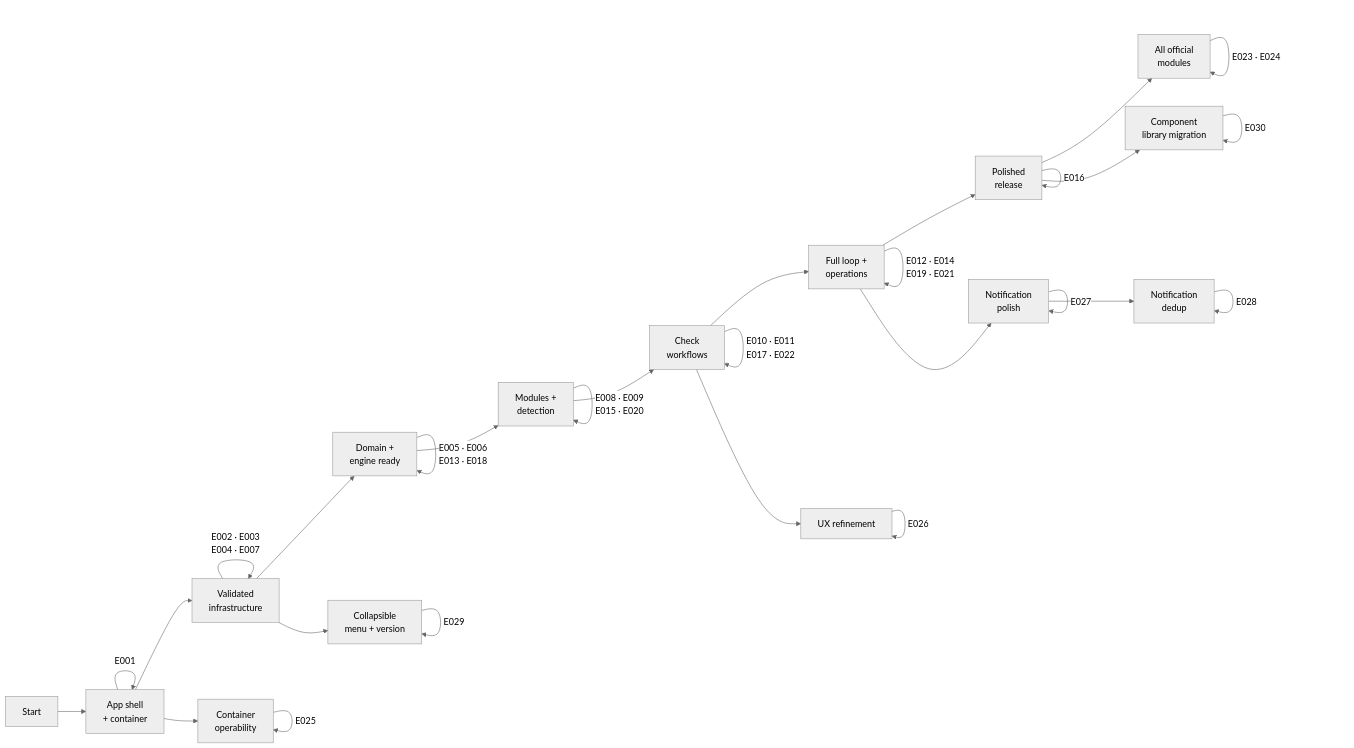
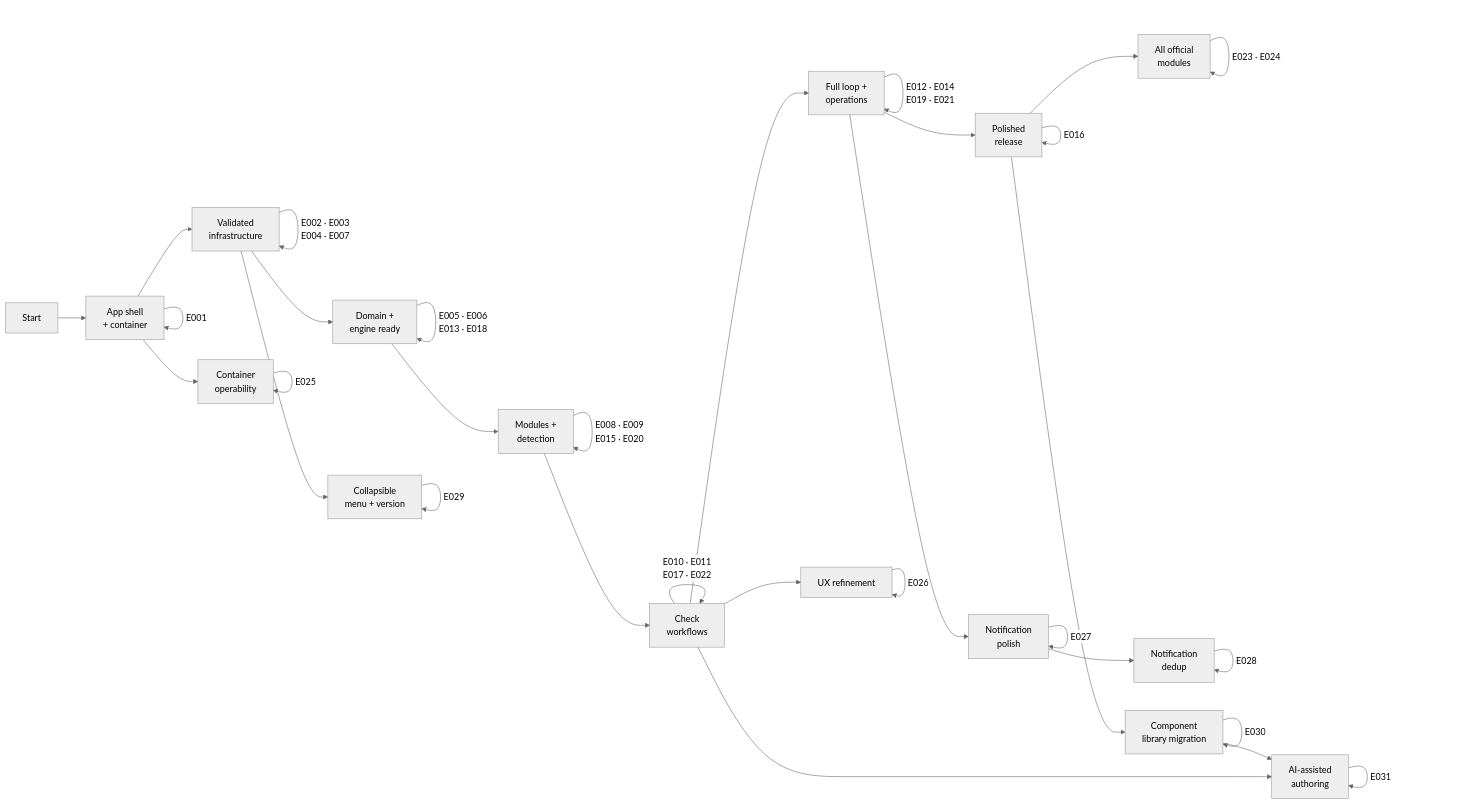
The diagram in specs/project-plan.md (attilaszasz/Binocular), drawn with Mermaid (neutral theme) before and after one commit. The commit also changed other lines of this file and 2 other files, not shown here.

Commit message:
Added E031 - AI-Assisted Module Authoring UX

````diff
--- a/specs/project-plan.md
+++ b/specs/project-plan.md
@@ -122,44 +128,48 @@
 ```mermaid
 graph LR
     START["Start"] --> M1["App shell<br>+ container"]
     M1 -->|E001| M1
 
     M1 --> M2["Validated<br>infrastructure"]
     M2 -->|"E002 · E003<br>E004 · E007"| M2
 
     M2 --> M3["Domain +<br>engine ready"]
     M3 -->|"E005 · E006<br>E013 · E018"| M3
 
     M3 --> M4["Modules +<br>detection"]
     M4 -->|"E008 · E009<br>E015 · E020"| M4
 
     M4 --> M5["Check<br>workflows"]
     M5 -->|"E010 · E011<br>E017 · E022"| M5
 
     M5 --> M6["Full loop +<br>operations"]
     M6 -->|"E012 · E014<br>E019 · E021"| M6
 
     M6 --> M7["Polished<br>release"]
     M7 -->|E016| M7
 
     M7 --> M8["All official<br>modules"]
     M8 -->|"E023 · E024"| M8
 
     M1 --> M9["Container<br>operability"]
     M9 -->|E025| M9
 
     M5 --> M10["UX refinement"]
     M10 -->|"E026"| M10
 
     M6 --> M11["Notification<br>polish"]
     M11 -->|"E027"| M11
 
     M11 --> M12["Notification<br>dedup"]
     M12 -->|"E028"| M12
 
     M2 --> M13["Collapsible<br>menu + version"]
     M13 -->|"E029"| M13
 
     M7 --> M14["Component<br>library migration"]
     M14 -->|"E030"| M14
+
+    M14 --> M15["AI-assisted<br>authoring"]
+    M5 --> M15
+    M15 -->|"E031"| M15
 ```
````
